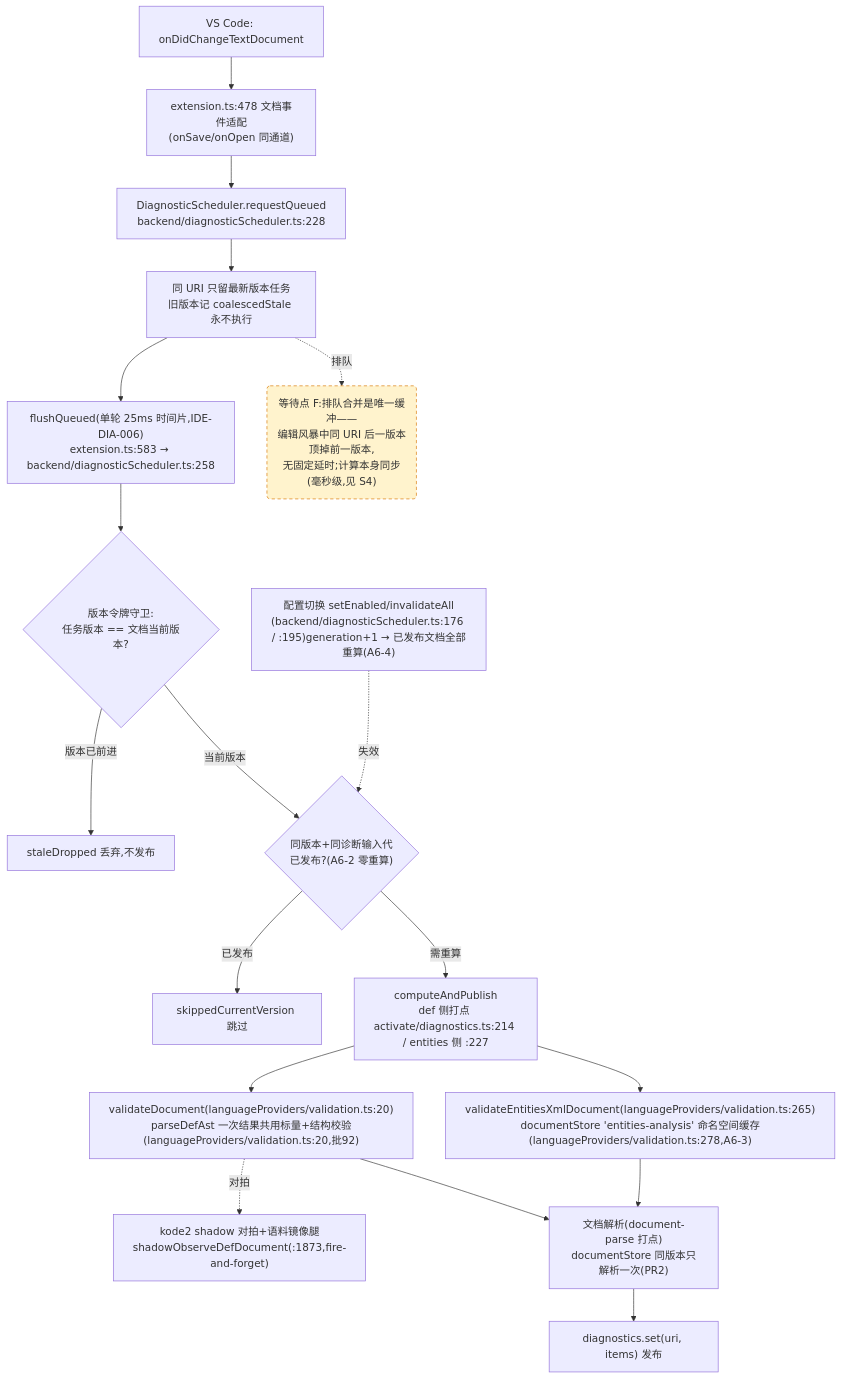
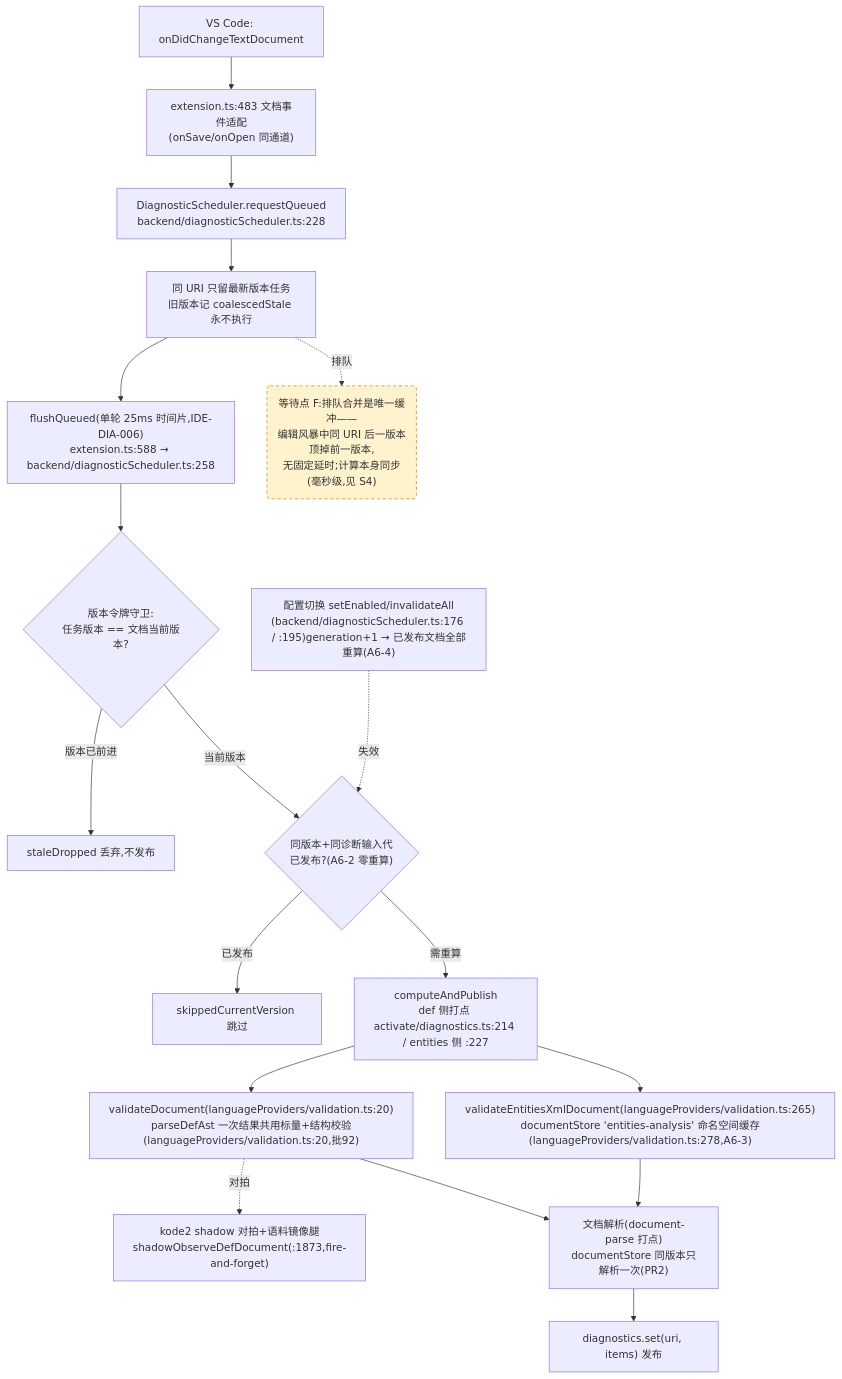
One commit to cuihairu/kode changed the fourth of 4 diagrams in docs/perf/2026-baseline.md. Above: the diagram before and after it, drawn with Mermaid. The commit also changed other lines of this file and 16 other files, not shown here.

````diff
--- a/docs/perf/2026-baseline.md
+++ b/docs/perf/2026-baseline.md
@@ -232,38 +232,38 @@
 ```mermaid
 flowchart TD
   CHG["VS Code: onDidChangeTextDocument"]
-  WATCH["extension.ts:478 文档事件适配<br/>(onSave/onOpen 同通道)"]
+  WATCH["extension.ts:483 文档事件适配<br/>(onSave/onOpen 同通道)"]
   RQ["DiagnosticScheduler.requestQueued<br/>backend/diagnosticScheduler.ts:228"]
   CO["同 URI 只留最新版本任务<br/>旧版本记 coalescedStale 永不执行"]
-  FL["flushQueued(单轮 25ms 时间片,IDE-DIA-006)<br/>extension.ts:583 → backend/diagnosticScheduler.ts:258"]
+  FL["flushQueued(单轮 25ms 时间片,IDE-DIA-006)<br/>extension.ts:588 → backend/diagnosticScheduler.ts:258"]
   VG{"版本令牌守卫:<br/>任务版本 == 文档当前版本?"}
   DROP["staleDropped 丢弃,不发布"]
   GEN{"同版本+同诊断输入代<br/>已发布?(A6-2 零重算)"}
   SKIP["skippedCurrentVersion 跳过"]
   CALC["computeAndPublish<br/>def 侧打点 activate/diagnostics.ts:214 / entities 侧 :227"]
   VD["validateDocument(languageProviders/validation.ts:20)<br/>parseDefAst 一次结果共用标量+结构校验(languageProviders/validation.ts:20,批92)"]
   VEX["validateEntitiesXmlDocument(languageProviders/validation.ts:265)<br/>documentStore 'entities-analysis' 命名空间缓存(languageProviders/validation.ts:278,A6-3)"]
   SHDD["kode2 shadow 对拍+语料镜像腿<br/>shadowObserveDefDocument(:1873,fire-and-forget)"]
   DS["文档解析(document-parse 打点)<br/>documentStore 同版本只解析一次(PR2)"]
   PUB["diagnostics.set(uri, items) 发布"]
   CFG2["配置切换 setEnabled/invalidateAll<br/>(backend/diagnosticScheduler.ts:176 / :195)generation+1 → 已发布文档全部重算(A6-4)"]
 
   CHG --> WATCH --> RQ --> CO --> FL --> VG
   VG -- "版本已前进" --> DROP
   VG -- "当前版本" --> GEN
   GEN -- "已发布" --> SKIP
   GEN -- "需重算" --> CALC
   CALC --> VD
   CALC --> VEX
   VD --> DS
   VEX --> DS
   DS --> PUB
   VD -.->|对拍| SHDD
   CFG2 -.->|失效| GEN
 
   WAITF("等待点 F:排队合并是唯一缓冲——<br/>编辑风暴中同 URI 后一版本顶掉前一版本,<br/>无固定延时;计算本身同步(毫秒级,见 S4)")
   CO -.->|排队| WAITF
 
   classDef waitPoint fill:#fff3cd,stroke:#d97706,stroke-dasharray:5 4;
   class WAITF waitPoint;
 ```
````
